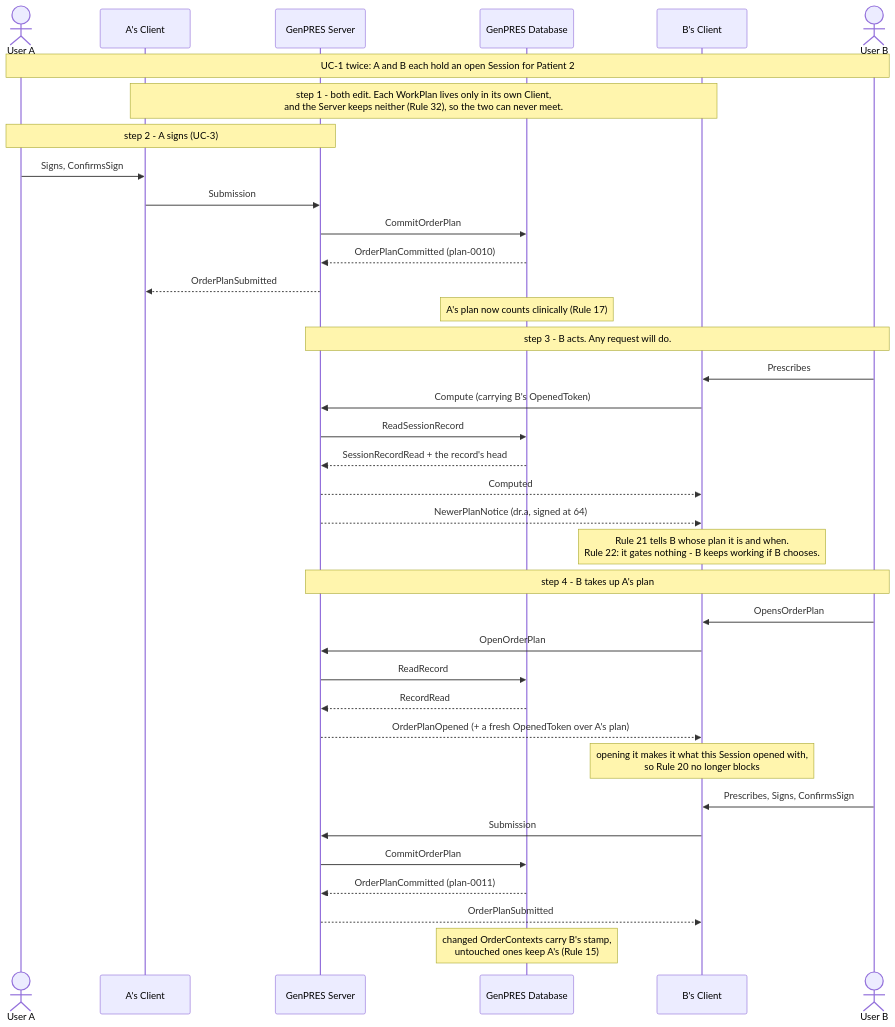
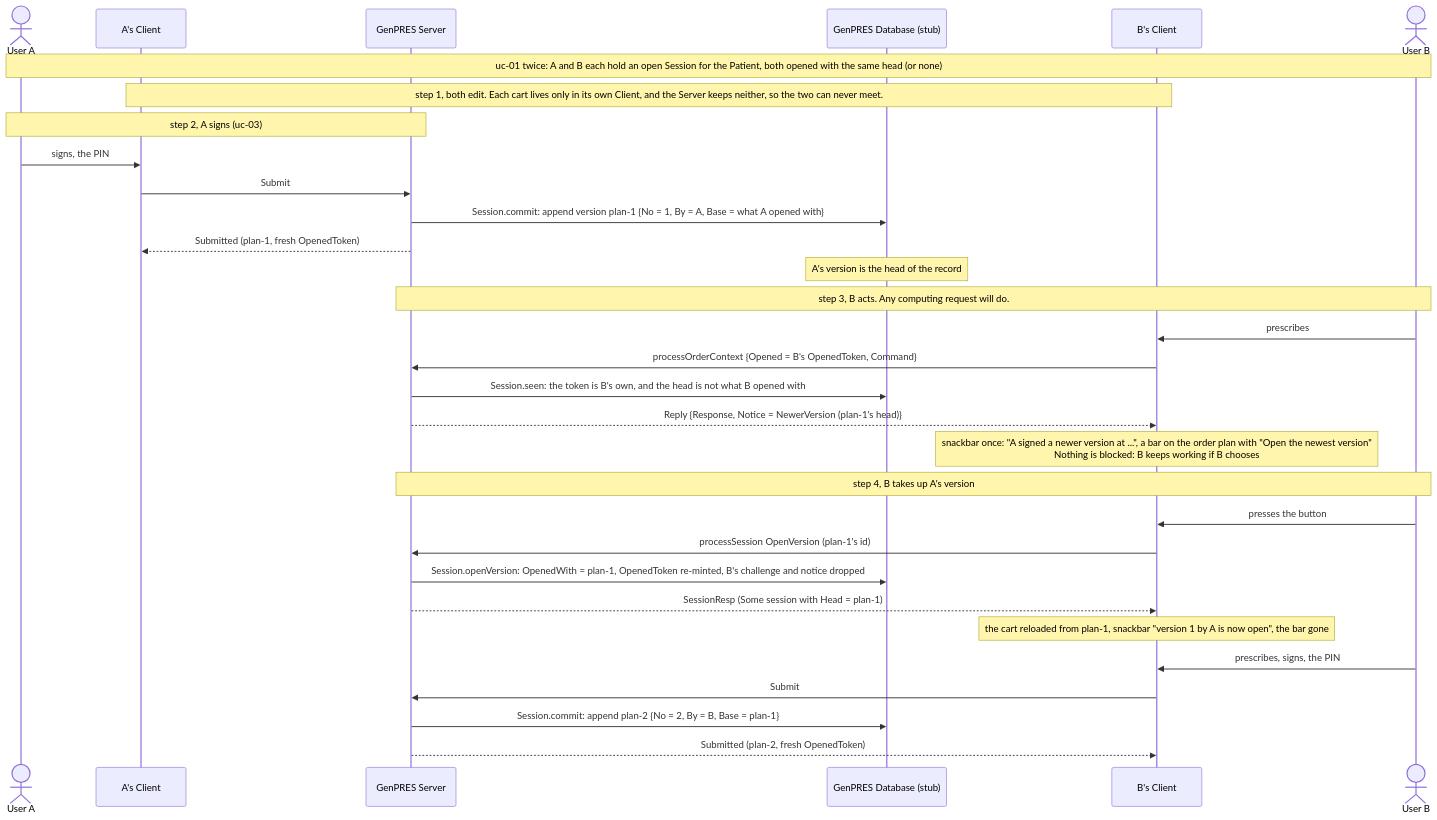
The first of 2 diagrams in docs/scenarios/integration/uc-04-two-users.md (informedica/GenPRES), drawn with Mermaid before and after one commit. The commit also changed other lines of this file and 13 other files, not shown here.

````diff
--- a/docs/scenarios/integration/uc-04-two-users.md
+++ b/docs/scenarios/integration/uc-04-two-users.md
@@ -8,45 +10,39 @@
 ```mermaid
 sequenceDiagram
     actor A as User A
     participant CA as A's Client
     participant S as GenPRES Server
-    participant D as GenPRES Database
+    participant D as GenPRES Database (stub)
     participant CB as B's Client
     actor B as User B
 
-    Note over A,B: UC-1 twice: A and B each hold an open Session for Patient 2
+    Note over A,B: uc-01 twice: A and B each hold an open Session for the Patient, both opened with the same head (or none)
 
-    Note over CA,CB: step 1 - both edit. Each WorkPlan lives only in its own Client,<br/>and the Server keeps neither (Rule 32), so the two can never meet.
+    Note over CA,CB: step 1, both edit. Each cart lives only in its own Client, and the Server keeps neither, so the two can never meet.
 
-    Note over A,S: step 2 - A signs (UC-3)
-    A->>CA: Signs, ConfirmsSign
-    CA->>S: Submission
-    S->>D: CommitOrderPlan
-    D-->>S: OrderPlanCommitted (plan-0010)
-    S-->>CA: OrderPlanSubmitted
-    Note over D: A's plan now counts clinically (Rule 17)
+    Note over A,S: step 2, A signs (uc-03)
+    A->>CA: signs, the PIN
+    CA->>S: Submit
+    S->>D: Session.commit: append version plan-1 {No = 1, By = A, Base = what A opened with}
+    S-->>CA: Submitted (plan-1, fresh OpenedToken)
+    Note over D: A's version is the head of the record
 
-    Note over B,S: step 3 - B acts. Any request will do.
-    B->>CB: Prescribes
-    CB->>S: Compute (carrying B's OpenedToken)
-    S->>D: ReadSessionRecord
-    D-->>S: SessionRecordRead + the record's head
-    S-->>CB: Computed
-    S-->>CB: NewerPlanNotice (dr.a, signed at 64)
-    Note over CB: Rule 21 tells B whose plan it is and when.<br/>Rule 22: it gates nothing - B keeps working if B chooses.
+    Note over B,S: step 3, B acts. Any computing request will do.
+    B->>CB: prescribes
+    CB->>S: processOrderContext {Opened = B's OpenedToken, Command}
+    S->>D: Session.seen: the token is B's own, and the head is not what B opened with
+    S-->>CB: Reply {Response, Notice = NewerVersion (plan-1's head)}
+    Note over CB: snackbar once: "A signed a newer version at ...", a bar on the order plan with "Open the newest version"<br/>Nothing is blocked: B keeps working if B chooses
 
-    Note over B,S: step 4 - B takes up A's plan
-    B->>CB: OpensOrderPlan
-    CB->>S: OpenOrderPlan
-    S->>D: ReadRecord
-    D-->>S: RecordRead
-    S-->>CB: OrderPlanOpened (+ a fresh OpenedToken over A's plan)
-    Note over CB: opening it makes it what this Session opened with,<br/>so Rule 20 no longer blocks
+    Note over B,S: step 4, B takes up A's version
+    B->>CB: presses the button
+    CB->>S: processSession OpenVersion (plan-1's id)
+    S->>D: Session.openVersion: OpenedWith = plan-1, OpenedToken re-minted, B's challenge and notice dropped
+    S-->>CB: SessionResp (Some session with Head = plan-1)
+    Note over CB: the cart reloaded from plan-1, snackbar "version 1 by A is now open", the bar gone
 
-    B->>CB: Prescribes, Signs, ConfirmsSign
-    CB->>S: Submission
-    S->>D: CommitOrderPlan
-    D-->>S: OrderPlanCommitted (plan-0011)
-    S-->>CB: OrderPlanSubmitted
-    Note over D: changed OrderContexts carry B's stamp,<br/>untouched ones keep A's (Rule 15)
+    B->>CB: prescribes, signs, the PIN
+    CB->>S: Submit
+    S->>D: Session.commit: append plan-2 {No = 2, By = B, Base = plan-1}
+    S-->>CB: Submitted (plan-2, fresh OpenedToken)
 ```
````
